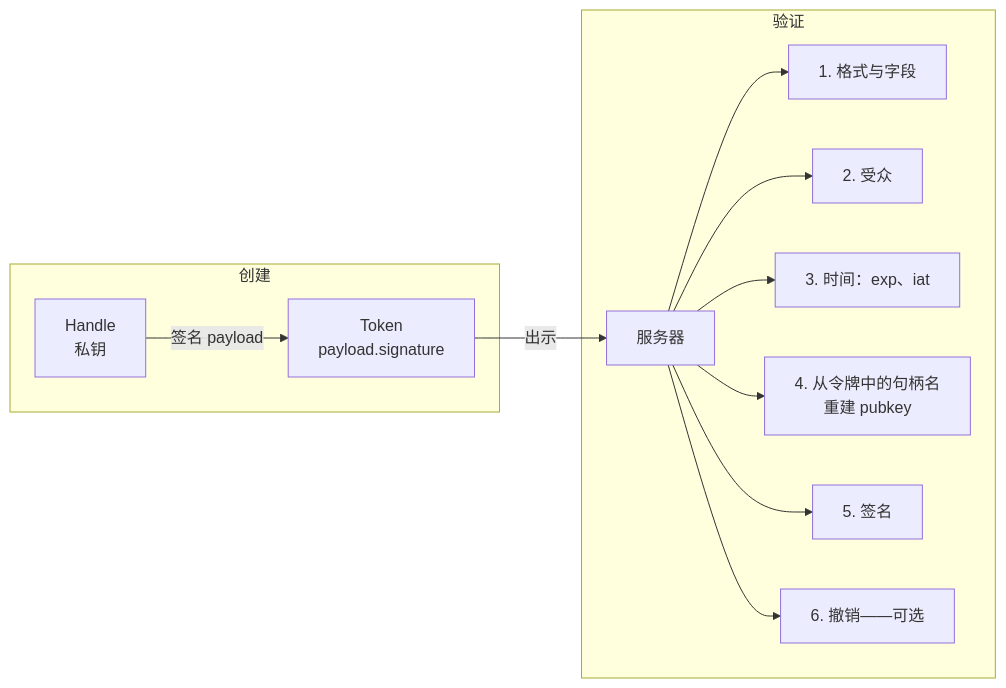
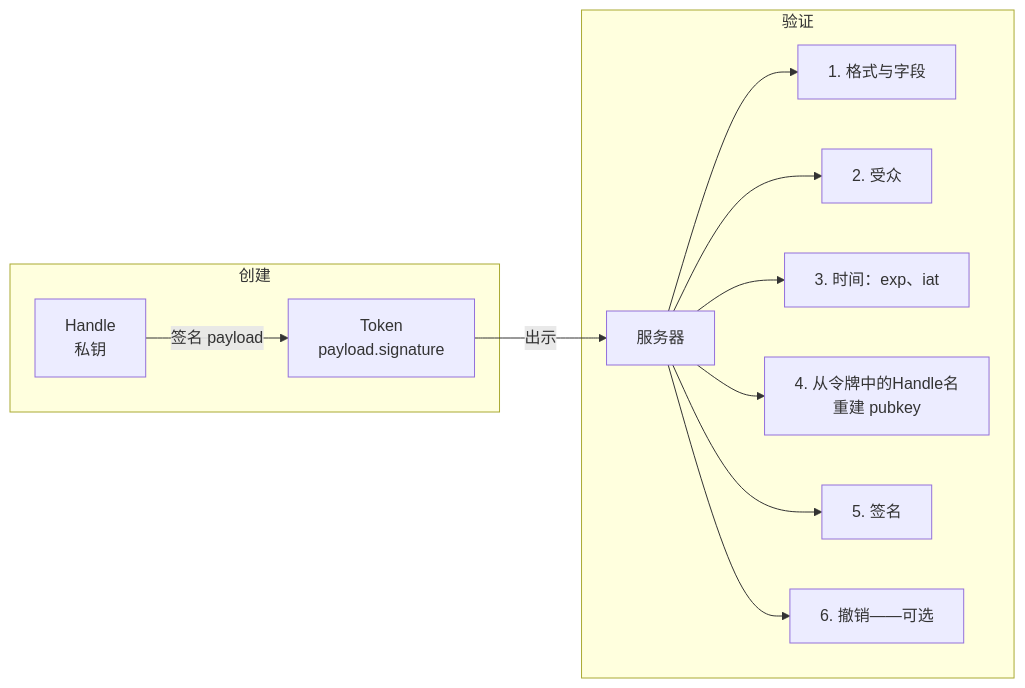
The first of 2 diagrams in src/content/blog/zh/stateless-sessions-no-database.md (me2em-org/me2em-website), drawn with Mermaid before and after one commit. The commit also changed other lines of this file and 10 other files, not shown here.

````diff
--- a/src/content/blog/zh/stateless-sessions-no-database.md
+++ b/src/content/blog/zh/stateless-sessions-no-database.md
@@ -47,15 +47,15 @@
 ```mermaid
 flowchart LR
     subgraph Creation ["创建"]
         H["Handle<br/>私钥"] -->|"签名 payload"| T["Token<br/>payload.signature"]
     end
     subgraph Verification ["验证"]
         V["服务器"] --> P1["1. 格式与字段"]
         V --> P2["2. 受众"]
         V --> P3["3. 时间：exp、iat"]
-        V --> P4["4. 从令牌中的句柄名<br/>重建 pubkey"]
+        V --> P4["4. 从令牌中的Handle名<br/>重建 pubkey"]
         V --> P5["5. 签名"]
         V --> P6["6. 撤销——可选"]
     end
     T -->|"出示"| V
 ```
````
